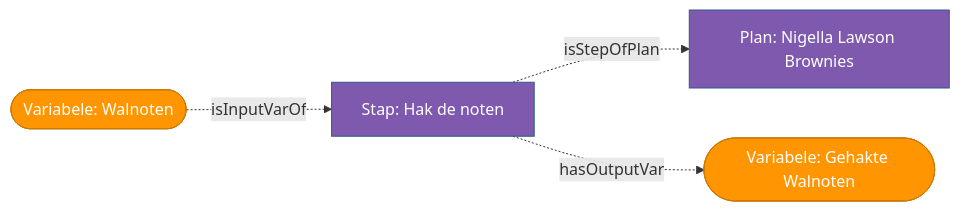
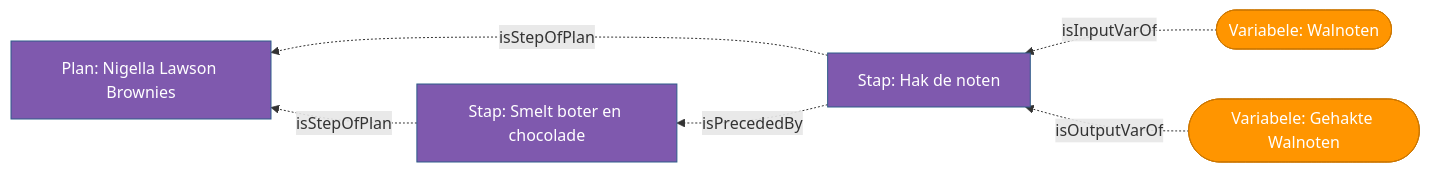
One commit to milieuinfo/RIE-IEPR changed the diagram in src/main/input/recepten/plan-stappen-variabelen.mmd. Above: the diagram before and after it, drawn with Mermaid. The commit also changed 1 other file, not shown here.

Commit message:
stap-plan

```diff
--- a/src/main/input/recepten/plan-stappen-variabelen.mmd
+++ b/src/main/input/recepten/plan-stappen-variabelen.mmd
@@ -1,16 +1,20 @@
-flowchart LR
+flowchart RL
 
 
 
     nigella-brownies["Plan: Nigella Lawson Brownies"]
     style nigella-brownies color:white,fill:#7F59AE,stroke:#2E5C8A,color:#fff
     hakken["Stap: Hak de noten"]
     style hakken color:white,fill:#7F59AE,stroke:#2E5C8A,color:#fff
+    smelten["Stap: Smelt boter en chocolade"]
+    style smelten color:white,fill:#7F59AE,stroke:#2E5C8A,color:#fff
     walnoten(["Variabele: Walnoten"])
     style walnoten color:white,fill:#FF9500,stroke:#CC7700,color:#fff
     gehaktewalnoten(["Variabele: Gehakte Walnoten"])
     style gehaktewalnoten color:white,fill:#FF9500,stroke:#CC7700,color:#fff
 
+    hakken -.->|isPrecededBy| smelten
     hakken -.->|isStepOfPlan| nigella-brownies
+    smelten -.->|isStepOfPlan| nigella-brownies
     walnoten -.->|isInputVarOf| hakken
-    hakken -.->|hasOutputVar| gehaktewalnoten
+    gehaktewalnoten -.->|isOutputVarOf| hakken
```
